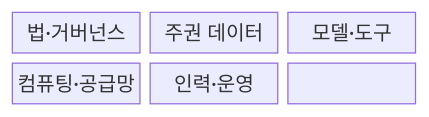
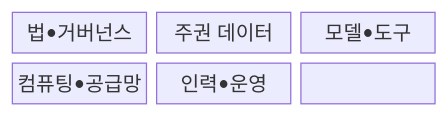
The first of 2 diagrams in src/content/docs/notes/08-latest-tech/183_sovereign_ai.md (agnusdei1207/knowledge-base), drawn with Mermaid before and after one commit. The commit also changed other lines of this file and 953 other files, not shown here.

````diff
--- a/src/content/docs/notes/08-latest-tech/183_sovereign_ai.md
+++ b/src/content/docs/notes/08-latest-tech/183_sovereign_ai.md
@@ -69,11 +69,11 @@
 ```mermaid
 block-beta
   columns 3
-  N0["법·거버넌스"]
+  N0["법•거버넌스"]
   N1["주권 데이터"]
-  N2["모델·도구"]
-  N3["컴퓨팅·공급망"]
-  N4["인력·운영"]
+  N2["모델•도구"]
+  N3["컴퓨팅•공급망"]
+  N4["인력•운영"]
   N0 --- N1 --- N2
   N2 --- N3 --- N4
 ```
````
